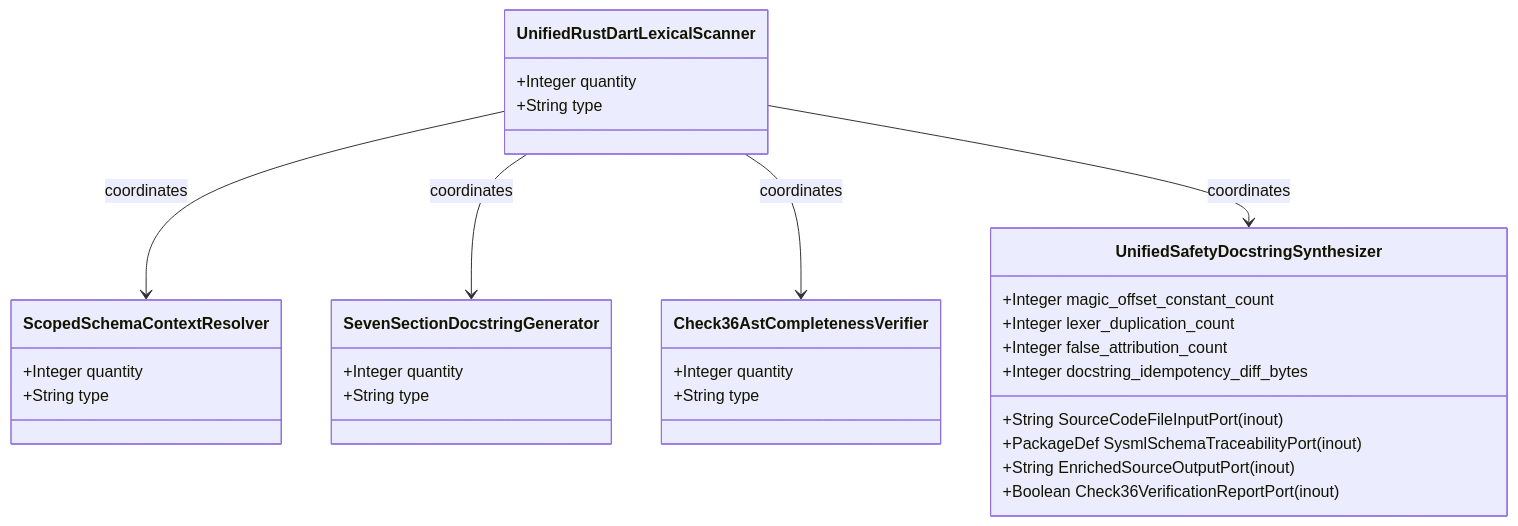
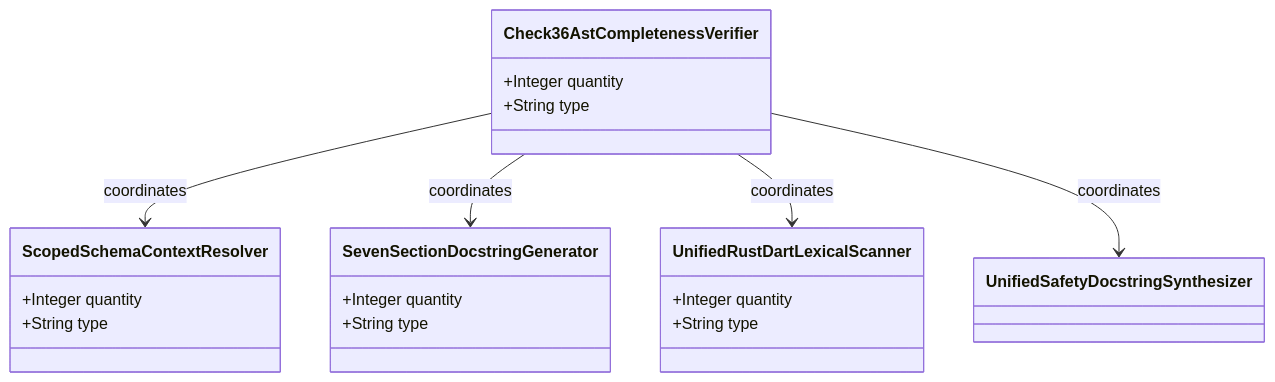
Before and after one commit to gintatkinson/DEAP01-spec-core: the first of 2 diagrams in .pipeline/upstream/docs/epics/EPIC-05-BP_05_Unified_AST_Safety_Docstring_Synthesizer_and_Check_36_Verification_Blueprint.md, drawn with Mermaid. The commit also changed other lines of this file and 213 other files, not shown here.

````diff
--- a/.pipeline/upstream/docs/epics/EPIC-05-BP_05_Unified_AST_Safety_Docstring_Synthesizer_and_Check_36_Verification_Blueprint.md
+++ b/.pipeline/upstream/docs/epics/EPIC-05-BP_05_Unified_AST_Safety_Docstring_Synthesizer_and_Check_36_Verification_Blueprint.md
@@ -59,33 +57,24 @@
 ```mermaid
 classDiagram
-    class UnifiedRustDartLexicalScanner {
+    class Check36AstCompletenessVerifier {
         +Integer quantity
         +String type
     }
     class ScopedSchemaContextResolver {
         +Integer quantity
         +String type
     }
     class SevenSectionDocstringGenerator {
         +Integer quantity
         +String type
     }
-    class Check36AstCompletenessVerifier {
+    class UnifiedRustDartLexicalScanner {
         +Integer quantity
         +String type
     }
-    class UnifiedSafetyDocstringSynthesizer {
-        +String SourceCodeFileInputPort (inout)
-        +PackageDef SysmlSchemaTraceabilityPort (inout)
-        +String EnrichedSourceOutputPort (inout)
-        +Boolean Check36VerificationReportPort (inout)
-        +Integer magic_offset_constant_count
-        +Integer lexer_duplication_count
-        +Integer false_attribution_count
-        +Integer docstring_idempotency_diff_bytes
-    }
-    UnifiedRustDartLexicalScanner --> ScopedSchemaContextResolver : coordinates
-    UnifiedRustDartLexicalScanner --> SevenSectionDocstringGenerator : coordinates
-    UnifiedRustDartLexicalScanner --> Check36AstCompletenessVerifier : coordinates
-    UnifiedRustDartLexicalScanner --> UnifiedSafetyDocstringSynthesizer : coordinates
+    class UnifiedSafetyDocstringSynthesizer
+    Check36AstCompletenessVerifier --> ScopedSchemaContextResolver : coordinates
+    Check36AstCompletenessVerifier --> SevenSectionDocstringGenerator : coordinates
+    Check36AstCompletenessVerifier --> UnifiedRustDartLexicalScanner : coordinates
+    Check36AstCompletenessVerifier --> UnifiedSafetyDocstringSynthesizer : coordinates
 ```
````
